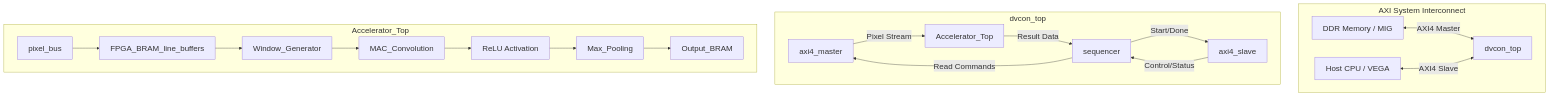
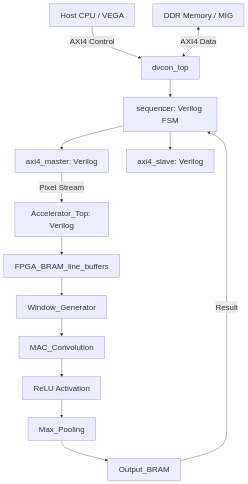
The first of 2 diagrams in README.md (Ruusheka/DVCON-Hackathon), drawn with Mermaid before and after one commit. The commit also changed other lines of this file, not shown here.

Commit message:
first commit for the readme

````diff
--- a/README.md
+++ b/README.md
@@ -77,25 +67,21 @@
 ```mermaid
 %%{init: {'theme': 'default', 'themeVariables': { 'fontSize': '22px', 'primaryTextColor': '#000000', 'lineColor': '#333333'}}}%%
 graph TD
-    subgraph AXI System Interconnect
-        M[DDR Memory / MIG] <--> |AXI4 Master| TOP[dvcon_top]
-        CPU[Host CPU / VEGA] <--> |AXI4 Slave| TOP
-    end
+    HOST[Host CPU / VEGA] -->|AXI4 Control| TOP[dvcon_top]
+    DDR[DDR Memory / MIG] <-->|AXI4 Data| TOP
 
-    subgraph dvcon_top
-        AM[axi4_master] --> |Pixel Stream| AT[Accelerator_Top]
-        AS[axi4_slave] --> |Control/Status| SEQ[sequencer]
-        SEQ --> |Read Commands| AM
-        SEQ --> |Start/Done| AS
-        AT --> |Result Data| SEQ
-    end
+    TOP --> SEQ[sequencer: Verilog FSM]
+    SEQ --> MAS[axi4_master: Verilog]
+    SEQ --> SLV[axi4_slave: Verilog]
 
-    subgraph Accelerator_Top
-        AT_IN[pixel_bus] --> LB[FPGA_BRAM_line_buffers]
-        LB --> WG[Window_Generator]
-        WG --> MAC[MAC_Convolution]
-        MAC --> RELU[ReLU Activation]
-        RELU --> MP[Max_Pooling]
-        MP --> OB[Output_BRAM]
-    end
+    MAS -->|Pixel Stream| AT[Accelerator_Top: Verilog]
+    
+    AT --> BRAM[FPGA_BRAM_line_buffers]
+    BRAM --> WG[Window_Generator]
+    WG --> MAC[MAC_Convolution]
+    MAC --> RELU[ReLU Activation]
+    RELU --> MP[Max_Pooling]
+    MP --> OB[Output_BRAM]
+    
+    OB -->|Result| SEQ
 ```
````
